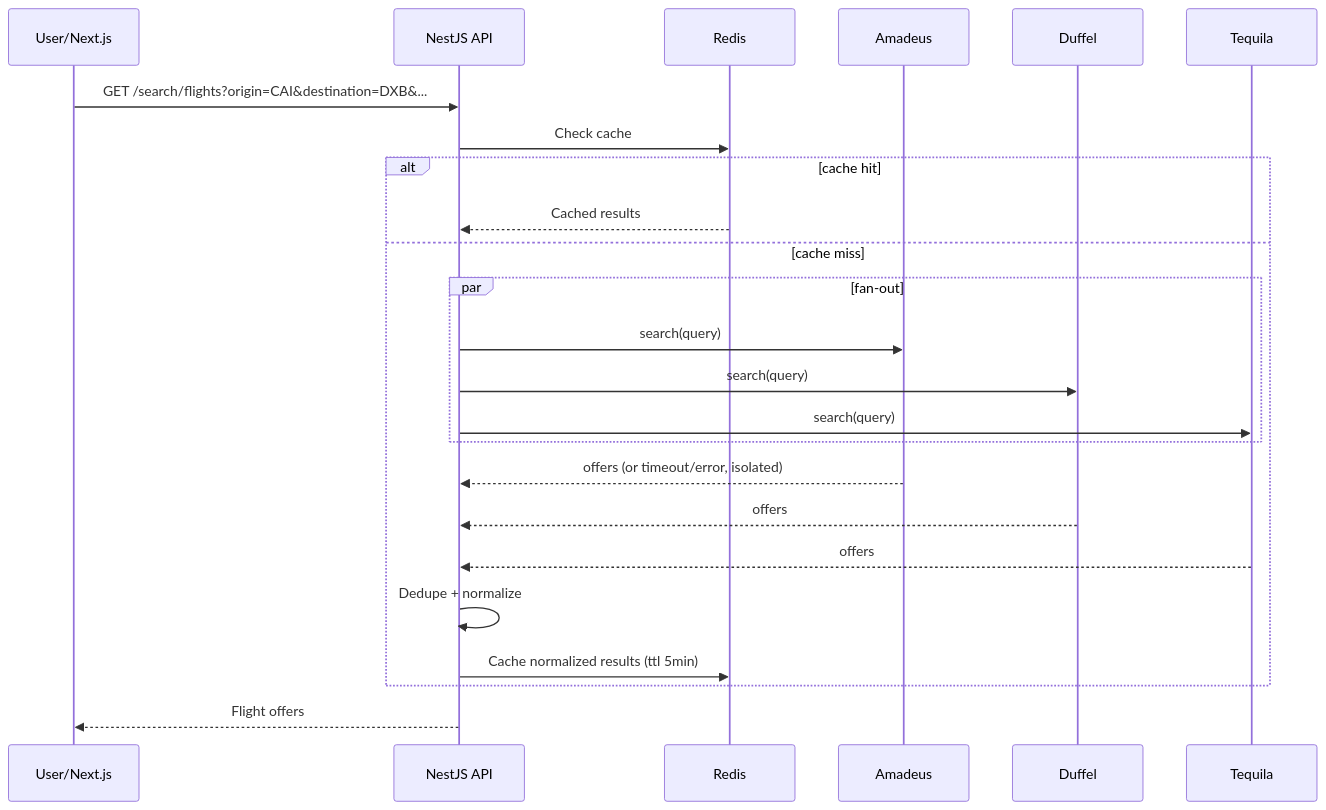
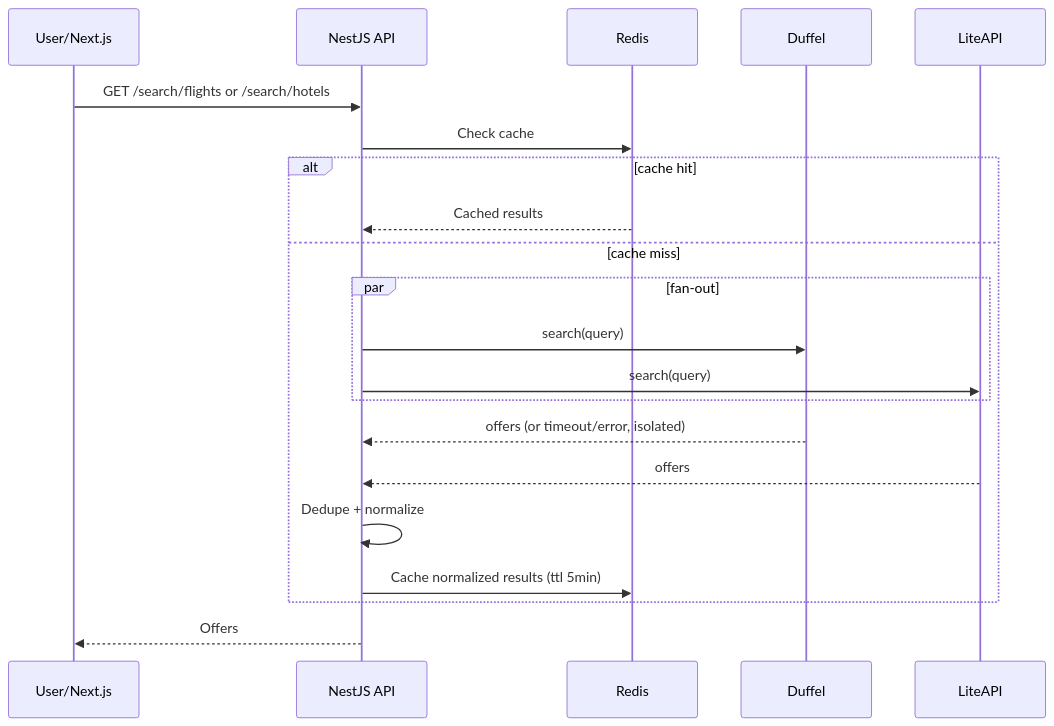
One commit to SaraMagdyAbdelhamed/booking_project_nodejs changed the fifth of 30 diagrams in README.md. Above: the diagram before and after it, drawn with Mermaid. The commit also changed other lines of this file, not shown here.

Commit message:
Refactor README to improve structure and clarity; update provider details for flight and hotel searches, and enhance integration sections for Duffel and LiteAPI.

````diff
--- a/README.md
+++ b/README.md
@@ -750,27 +726,24 @@
 ```mermaid
 sequenceDiagram
     participant U as User/Next.js
     participant A as NestJS API
     participant R as Redis
-    participant Am as Amadeus
     participant Du as Duffel
-    participant Te as Tequila
+    participant Li as LiteAPI
 
-    U->>A: GET /search/flights?origin=CAI&destination=DXB&...
+    U->>A: GET /search/flights or /search/hotels
     A->>R: Check cache
     alt cache hit
         R-->>A: Cached results
     else cache miss
         par fan-out
-            A->>Am: search(query)
             A->>Du: search(query)
-            A->>Te: search(query)
+            A->>Li: search(query)
         end
-        Am-->>A: offers (or timeout/error, isolated)
-        Du-->>A: offers
-        Te-->>A: offers
+        Du-->>A: offers (or timeout/error, isolated)
+        Li-->>A: offers
         A->>A: Dedupe + normalize
         A->>R: Cache normalized results (ttl 5min)
     end
-    A-->>U: Flight offers
+    A-->>U: Offers
 ```
````
